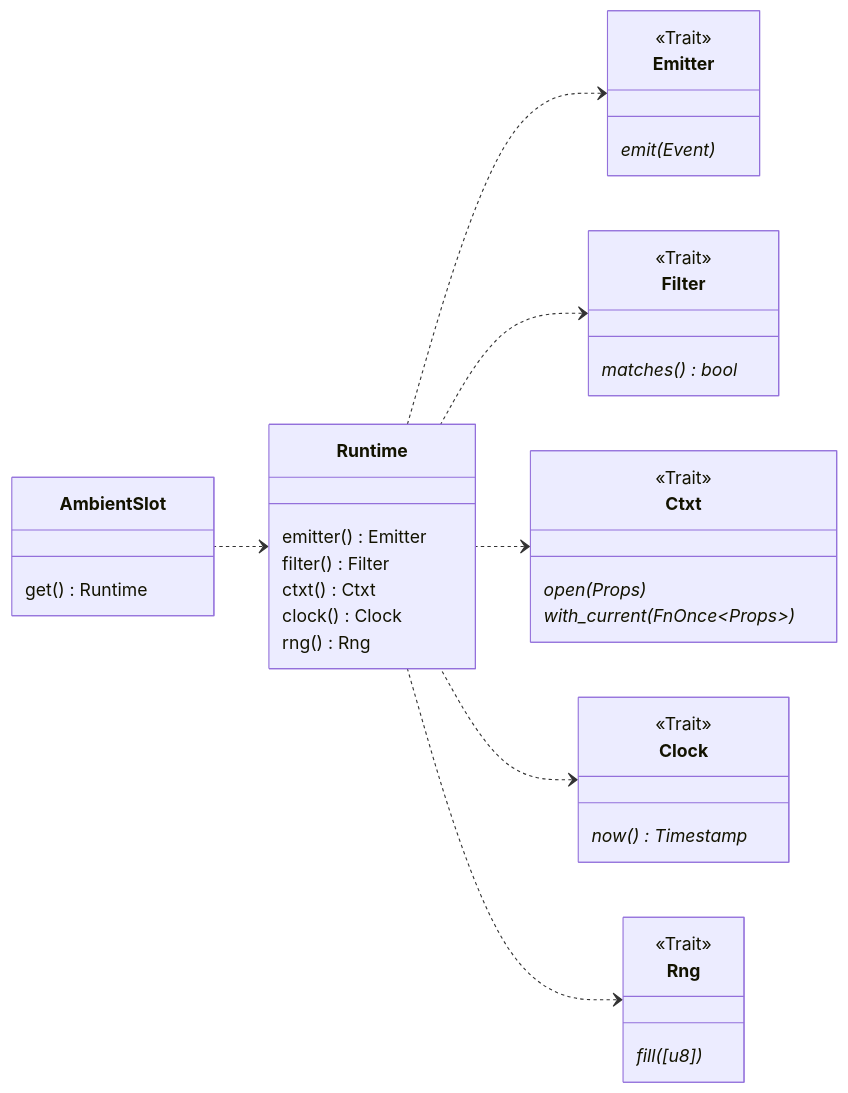
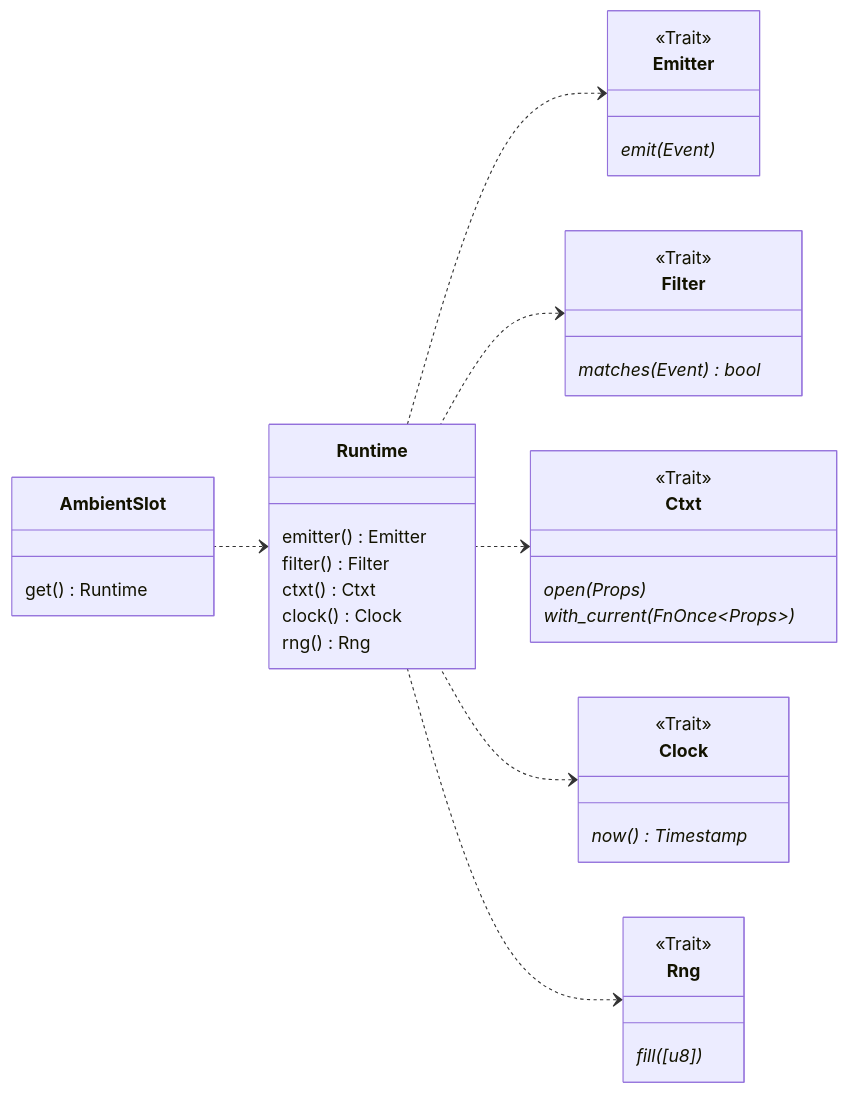
One commit to emit-rs/emit changed the third of 5 diagrams in book/src/reference/architecture.md. Above: the diagram before and after it, drawn with Mermaid. The commit also changed other lines of this file and 4 other files, not shown here.

````diff
--- a/book/src/reference/architecture.md
+++ b/book/src/reference/architecture.md
@@ -143,63 +143,63 @@
 ```mermaid
 classDiagram
     direction RL
 
     class AmbientSlot {
         get() Runtime
     }
 
     Runtime <.. AmbientSlot
 
     class Runtime {
         emitter() Emitter
         filter() Filter
         ctxt() Ctxt
         clock() Clock
         rng() Rng
     }
 
     Emitter <.. Runtime
     Filter <.. Runtime
     Ctxt <.. Runtime
     Clock <.. Runtime
     Rng <.. Runtime
 
     class Emitter {
         emit(Event)*
     }
 
     <<Trait>> Emitter
 
     class Filter {
-        matches() bool*
+        matches(Event) bool*
     }
 
     <<Trait>> Filter
 
     class Ctxt {
         open(Props)*
         with_current(FnOnce~Props~)*
     }
 
     <<Trait>> Ctxt
 
     class Clock {
         now() Timestamp*
     }
 
     <<Trait>> Clock
 
     class Rng {
         fill([u8])*
     }
 
     <<Trait>> Rng
 
     click Emitter href "https://docs.rs/emit/0.11.3/emit/trait.Emitter.html"
     click Filter href "https://docs.rs/emit/0.11.3/emit/trait.Filter.html"
     click Ctxt href "https://docs.rs/emit/0.11.3/emit/trait.Ctxt.html"
     click Clock href "https://docs.rs/emit/0.11.3/emit/trait.Clock.html"
     click Rng href "https://docs.rs/emit/0.11.3/emit/trait.Rng.html"
     click Runtime href "https://docs.rs/emit/0.11.3/emit/runtime/struct.Runtime.html"
     click AmbientSlot href "https://docs.rs/emit/0.11.3/emit/runtime/struct.AmbientSlot.html"
 ```
````
